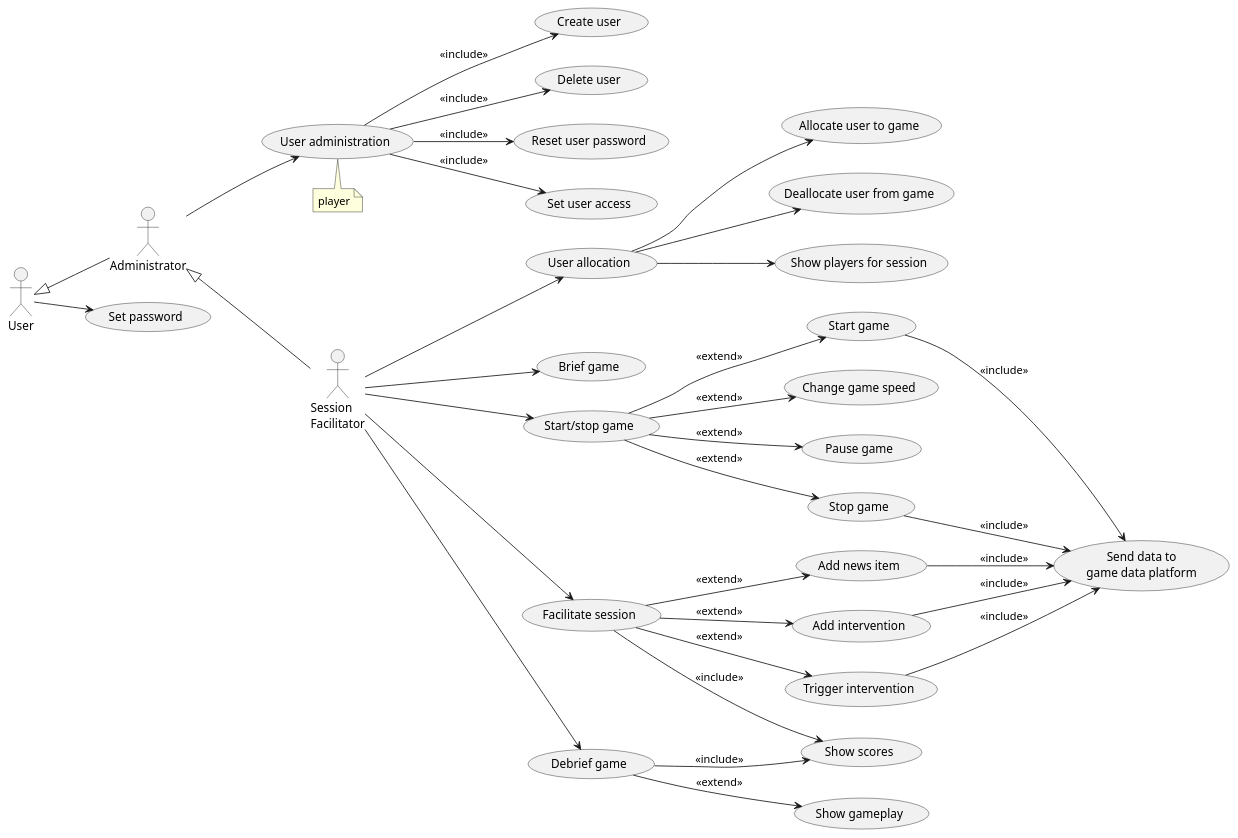
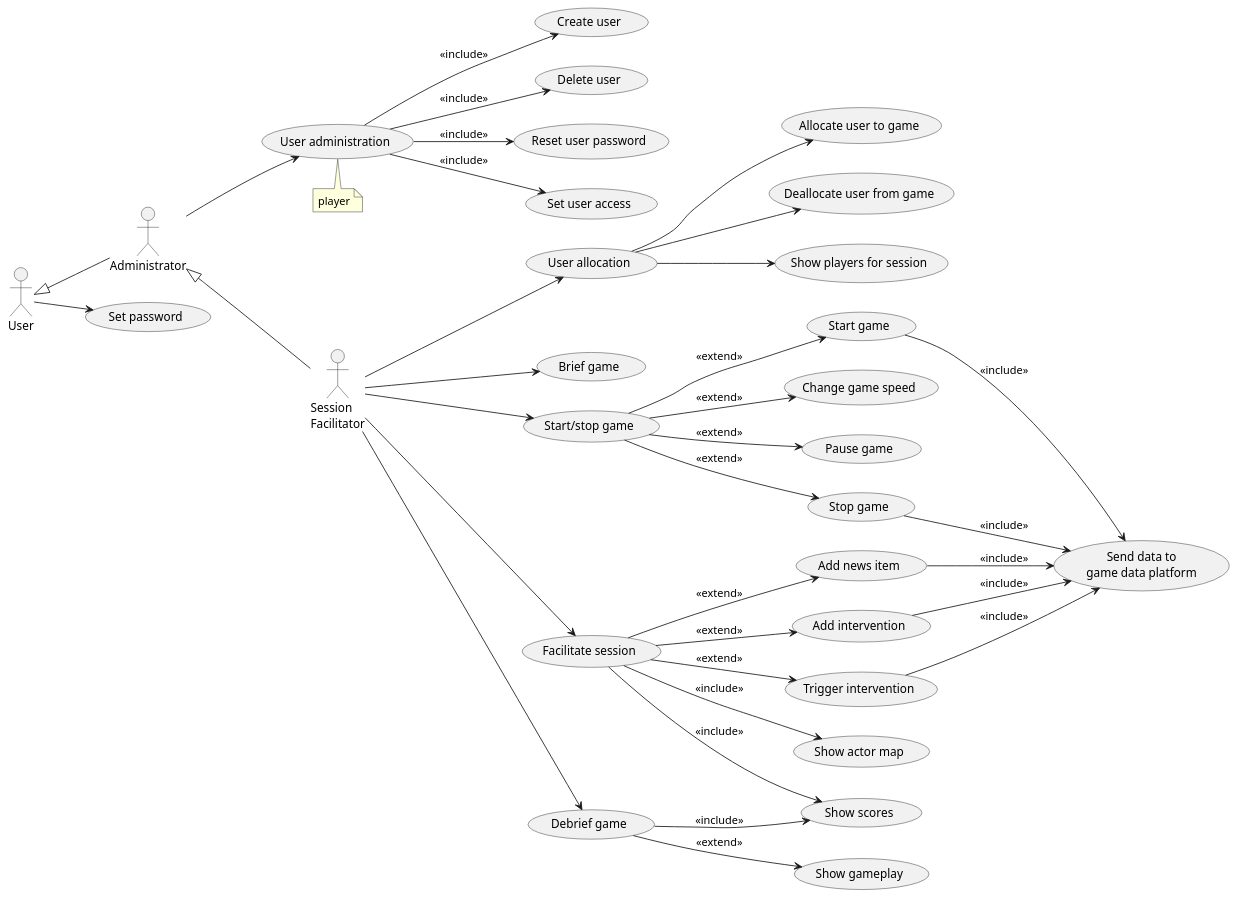
Before and after one commit to averbraeck/gscg-design: the diagram in doc/1-use-cases/diagrams/session-facilitation.puml, drawn with PlantUML. The commit also changed 4 other files, not shown here.

Commit message:
Issue #6. Show the map with actors in several use cases

```diff
--- a/doc/1-use-cases/diagrams/session-facilitation.puml
+++ b/doc/1-use-cases/diagrams/session-facilitation.puml
@@ -1,49 +1,50 @@
 @startuml
 left to right direction
 
 "Session\nFacilitator" as SF
 User <|-- Administrator
 Administrator <|-- SF
 
 User --> (Set password)
 
 Administrator --> (User administration)
 note bottom
   player
 end note
 
 (User administration) --> (Create user) : << include >>
 (User administration) --> (Delete user) : << include >>
 (User administration) --> (Reset user password) : << include >>
 (User administration) --> (Set user access) : << include >>
 
 SF --> (User allocation)
 (User allocation) --> (Allocate user to game)
 (User allocation) --> (Deallocate user from game)
 (User allocation) --> (Show players for session)
 
 SF --> (Brief game)
 
 SF --> (Start/stop game)
 (Start/stop game) --> (Start game) : << extend >>
 (Start/stop game) --> (Change game speed) : << extend >>
 (Start/stop game) --> (Pause game) : << extend >>
 (Start/stop game) --> (Stop game) : << extend >>
 
 SF --> (Facilitate session)
 (Facilitate session) --> (Add news item) : << extend >>
 (Facilitate session) --> (Add intervention) : << extend >>
 (Facilitate session) --> (Trigger intervention) : << extend >>
+(Facilitate session) --> (Show actor map) : << include >>
 (Facilitate session) --> (Show scores) : << include >>
 
 (Start game) --> (Send data to\ngame data platform) : << include >>
 (Add news item) --> (Send data to\ngame data platform) : << include >>
 (Add intervention) --> (Send data to\ngame data platform) : << include >>
 (Trigger intervention) --> (Send data to\ngame data platform) : << include >>
 (Stop game) --> (Send data to\ngame data platform) : << include >>
 
 SF --> (Debrief game)
 (Debrief game) --> (Show scores) : << include >>
 (Debrief game) --> (Show gameplay) : << extend >>
 
 @enduml
```
